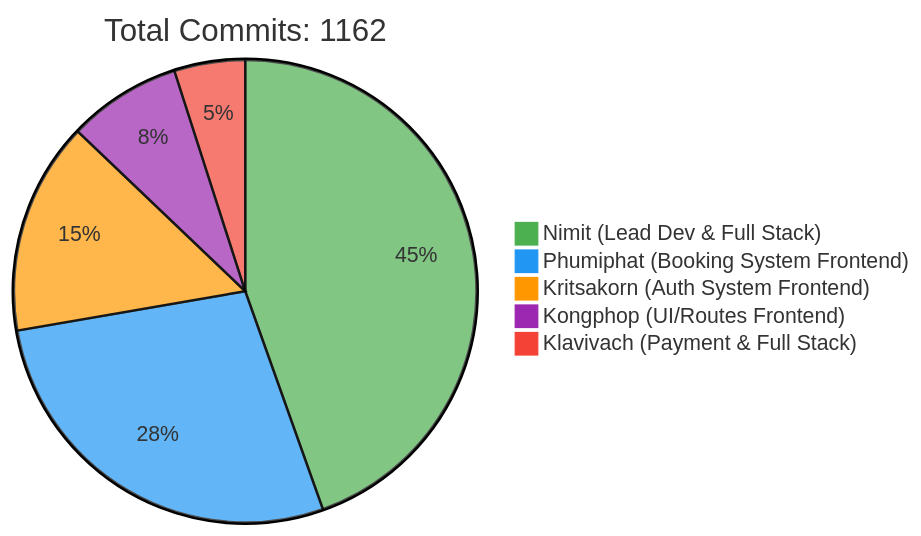
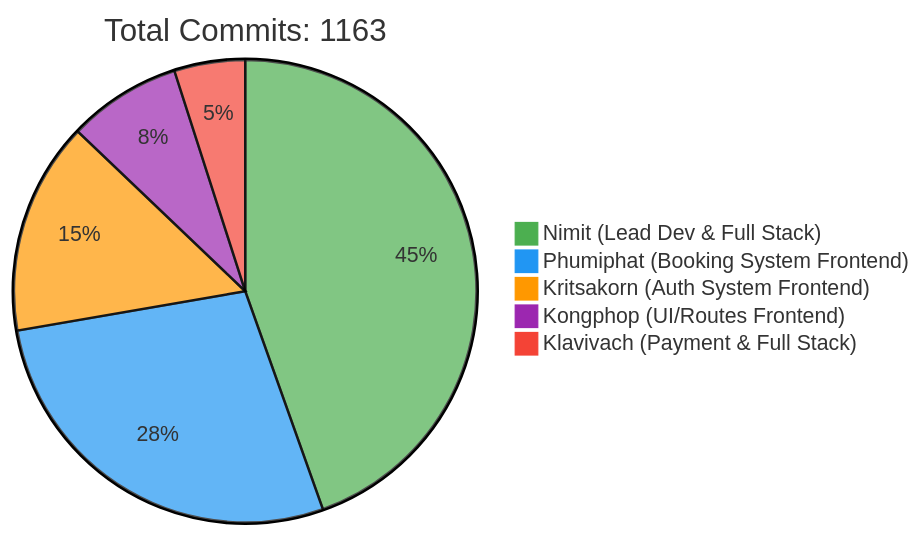
Before and after one commit to 6531503042/Sport-Complex: the first of 2 diagrams in README.md, drawn with Mermaid. The commit also changed other lines of this file, not shown here.

Commit message:
docs: Update contributor statistics [skip ci]

````diff
--- a/README.md
+++ b/README.md
@@ -257,10 +257,10 @@
 ```mermaid
 %%{init: {'theme': 'base', 'themeVariables': { 'pie1': '#4CAF50', 'pie2': '#2196F3', 'pie3': '#FF9800', 'pie4': '#9C27B0', 'pie5': '#F44336'}}}%%
 pie
-    title Total Commits: 1162
+    title Total Commits: 1163
     "Nimit (Lead Dev & Full Stack)" : 450
     "Phumiphat (Booking System Frontend)" : 280
     "Kritsakorn (Auth System Frontend)" : 150
     "Kongphop (UI/Routes Frontend)" : 80
     "Klavivach (Payment & Full Stack)" : 50
 ```
````
